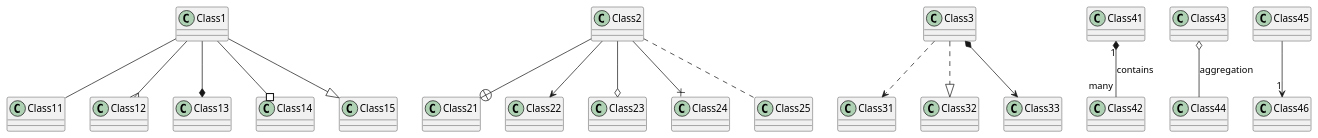
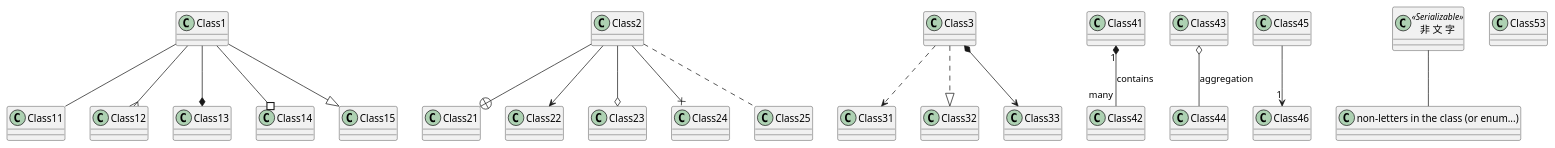
Before and after one commit to yzkn/PlantUML-CheatSheet: the second of 8 diagrams in src/14-000-クラス図.md, drawn with PlantUML. The commit also changed other lines of this file, not shown here.

````diff
--- a/src/14-000-クラス図.md
+++ b/src/14-000-クラス図.md
@@ -23,27 +23,56 @@
 ```plantuml
 
 @startuml
+
+
+' 空の属性・操作を省略
+' hide empty members
+
+' その他の省略
+' hide empty fields, hide empty attributes
+' hide empty methods
+' hide fields, hide attributes
+' hide circle
+' hide stereotype
+' hide members
+' hide Class51
+' hide <<Serializable>> members
+
+' 孤立したクラスの省略
+' hide @unlinked
+
+' 削除
+' remove Class51
+
+' 孤立したクラスの削除
+' remove @unlinked
+
 
 Class1 --   Class11
 Class1 --{  Class12
 Class1 --*  Class13
 Class1 --#  Class14
 Class1 --^  Class15
 
 Class2 --+  Class21
 Class2 -->  Class22
 Class2 --o  Class23
 Class2 --x  Class24
 Class2 ..   Class25
 
 Class3 ..>  Class31
 Class3 ..|> Class32
 Class3 *--> Class33
 
 Class41 "1" *-- "many" Class42 : contains
 Class43 o-- Class44 : aggregation
 Class45 --> "1" Class46
 
+class "非 文 字" as Class51 <<Serializable>>
+class Class52 as "non-letters in the class (or enum...)"
+Class51 -- Class52
+class Class53
+
 @enduml
 
 ```
````
